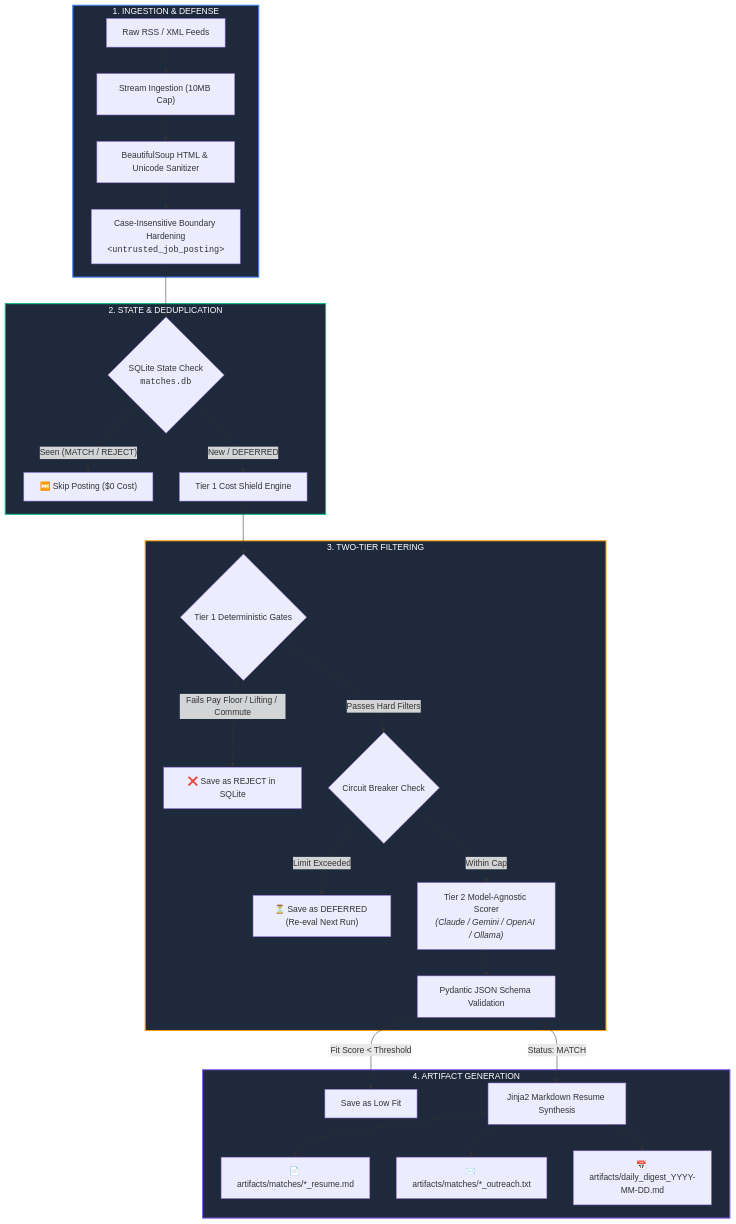
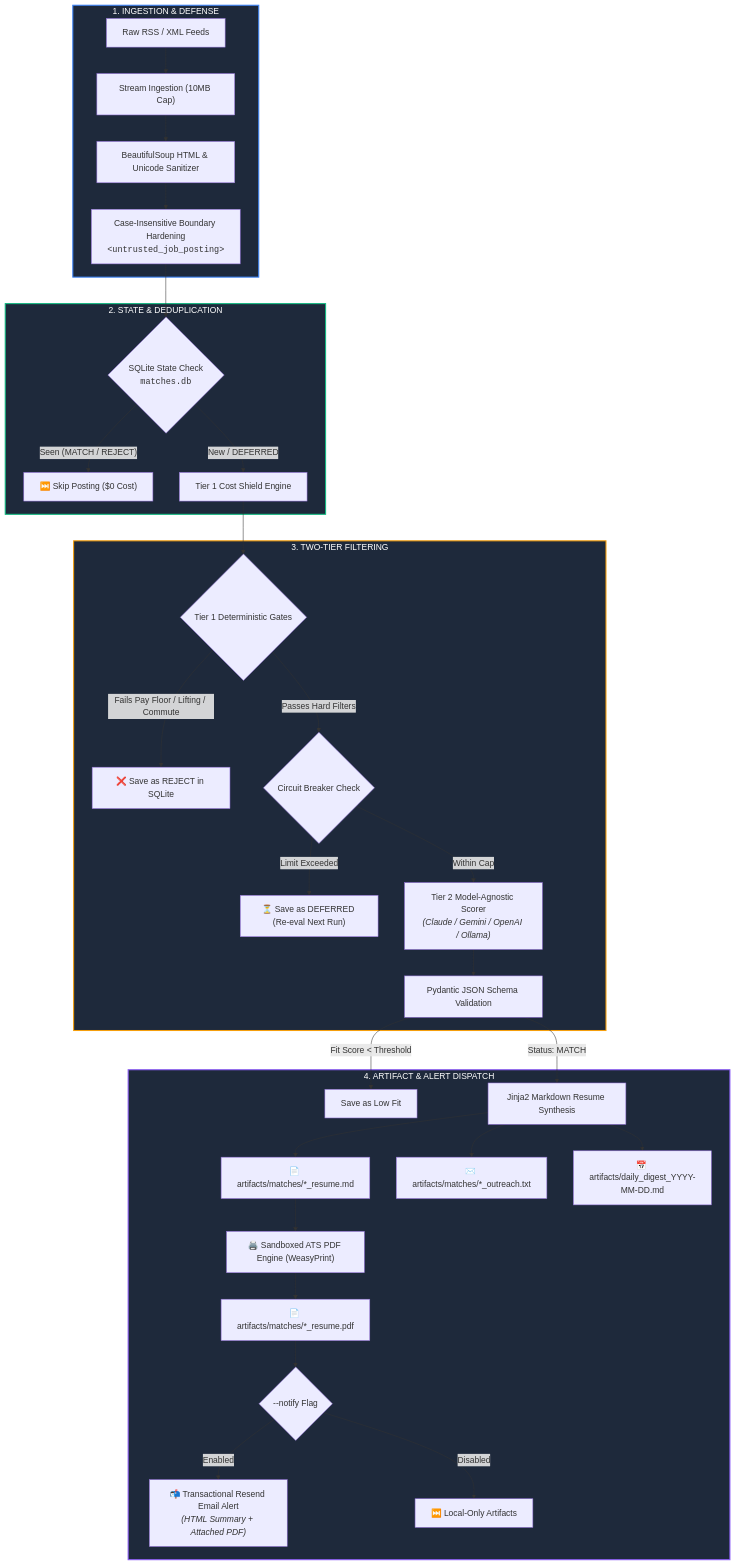
The diagram in README.md (ddgiovinazzo/beacon-ai), drawn with Mermaid before and after one commit. The commit also changed other lines of this file and 12 other files, not shown here.

Commit message:
feat(v1.3): sandboxed pdf engine, resend notifications, and scheduled github actions

````diff
--- a/README.md
+++ b/README.md
@@ -72,36 +72,41 @@
 ```mermaid
 flowchart TD
     subgraph S1["1. INGESTION & DEFENSE"]
         A["Raw RSS / XML Feeds"] --> B["Stream Ingestion (10MB Cap)"]
         B --> C["BeautifulSoup HTML & Unicode Sanitizer"]
         C --> D["Case-Insensitive Boundary Hardening<br/><code>&lt;untrusted_job_posting&gt;</code>"]
     end
 
     subgraph S2["2. STATE & DEDUPLICATION"]
         D --> E{"SQLite State Check<br/><code>matches.db</code>"}
         E -- "Seen (MATCH / REJECT)" --> F["⏭️ Skip Posting ($0 Cost)"]
         E -- "New / DEFERRED" --> G["Tier 1 Cost Shield Engine"]
     end
 
     subgraph S3["3. TWO-TIER FILTERING"]
         G --> H{"Tier 1 Deterministic Gates"}
         H -- "Fails Pay Floor / Lifting / Commute" --> I["❌ Save as REJECT in SQLite"]
         H -- "Passes Hard Filters" --> J{"Circuit Breaker Check"}
         J -- "Limit Exceeded" --> K["⏳ Save as DEFERRED (Re-eval Next Run)"]
         J -- "Within Cap" --> L["Tier 2 Model-Agnostic Scorer<br/><i>(Claude / Gemini / OpenAI / Ollama)</i>"]
         L --> M["Pydantic JSON Schema Validation"]
     end
 
-    subgraph S4["4. ARTIFACT GENERATION"]
+    subgraph S4["4. ARTIFACT & ALERT DISPATCH"]
         M -- "Fit Score < Threshold" --> N["Save as Low Fit"]
         M -- "Status: MATCH" --> O["Jinja2 Markdown Resume Synthesis"]
         O --> P["📄 artifacts/matches/*_resume.md"]
         O --> Q["✉️ artifacts/matches/*_outreach.txt"]
+        P --> S["🖨️ Sandboxed ATS PDF Engine (WeasyPrint)"]
+        S --> T["📄 artifacts/matches/*_resume.pdf"]
+        T --> U{"--notify Flag"}
+        U -- "Enabled" --> V["📬 Transactional Resend Email Alert<br/><i>(HTML Summary + Attached PDF)</i>"]
+        U -- "Disabled" --> W["⏭️ Local-Only Artifacts"]
         O --> R["📅 artifacts/daily_digest_YYYY-MM-DD.md"]
     end
 
     style S1 fill:#1e293b,stroke:#3b82f6,stroke-width:2px,color:#fff
     style S2 fill:#1e293b,stroke:#10b981,stroke-width:2px,color:#fff
     style S3 fill:#1e293b,stroke:#f59e0b,stroke-width:2px,color:#fff
     style S4 fill:#1e293b,stroke:#8b5cf6,stroke-width:2px,color:#fff
 ```
````
